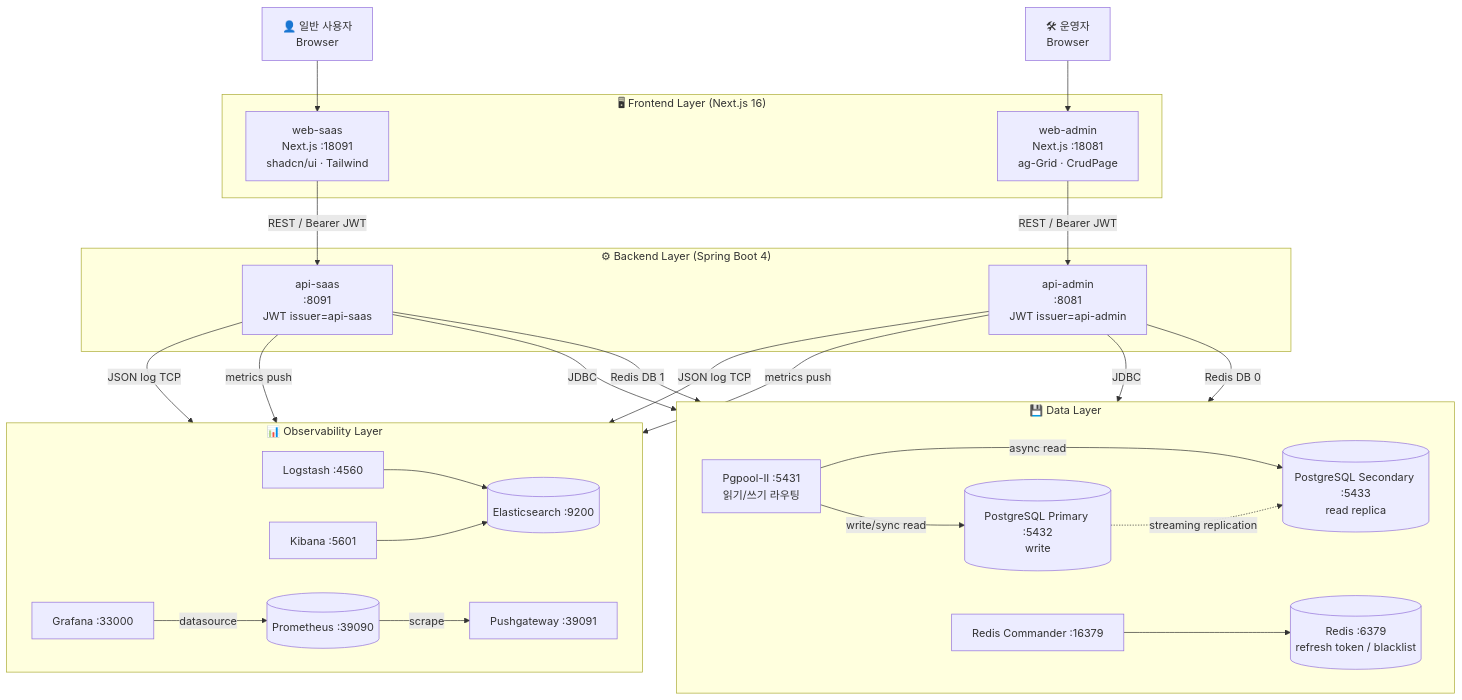
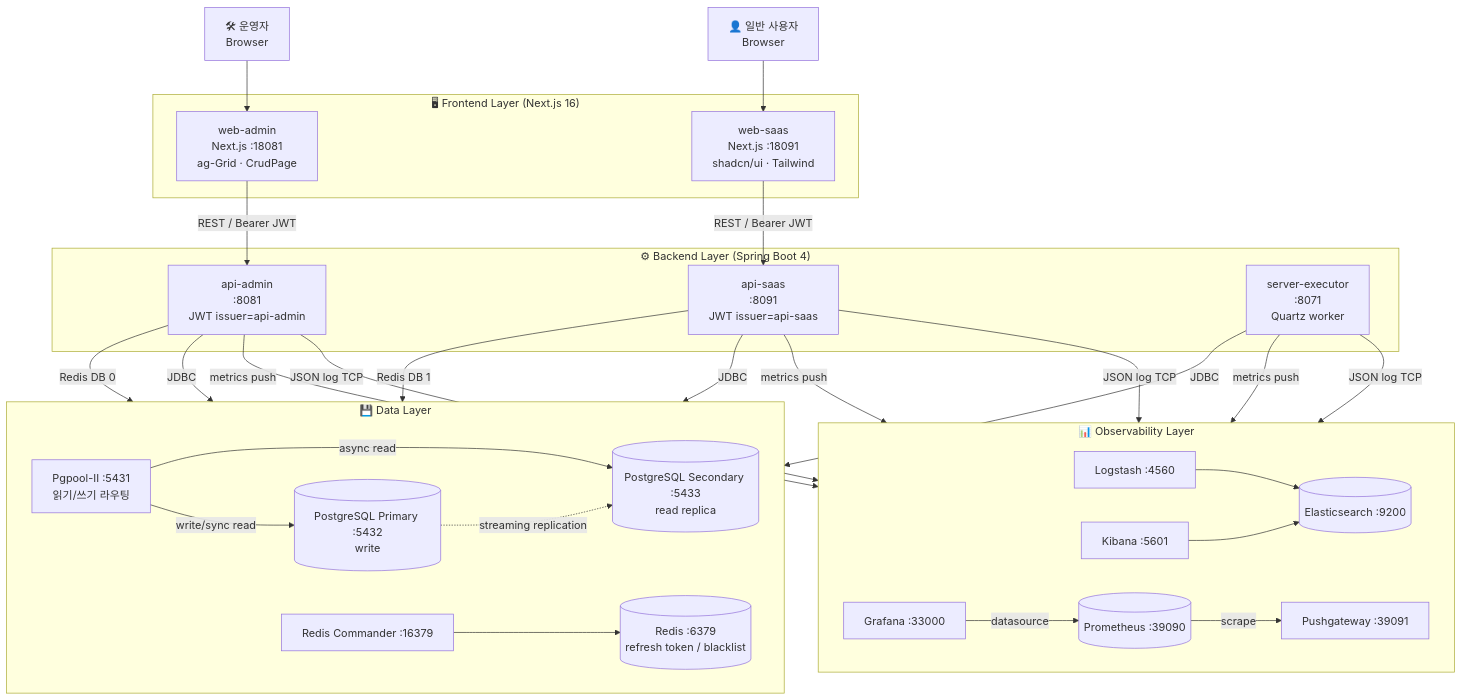
The eighth of 12 diagrams in core-banking/PORTFOLIO.md (wantedhooni/portfolio), drawn with Mermaid before and after one commit. The commit also changed other lines of this file and 3 other files, not shown here.

````diff
--- a/core-banking/PORTFOLIO.md
+++ b/core-banking/PORTFOLIO.md
@@ -330,60 +352,64 @@
 ```mermaid
 flowchart TB
     user["👤 일반 사용자<br/>Browser"]
     adminUser["🛠 운영자<br/>Browser"]
 
     subgraph Frontend["🖥 Frontend Layer (Next.js 16)"]
         webSaas["web-saas<br/>Next.js :18091<br/>shadcn/ui · Tailwind"]
         webAdmin["web-admin<br/>Next.js :18081<br/>ag-Grid · CrudPage"]
     end
 
     subgraph Backend["⚙ Backend Layer (Spring Boot 4)"]
         apiSaas["api-saas<br/>:8091<br/>JWT issuer=api-saas"]
         apiAdmin["api-admin<br/>:8081<br/>JWT issuer=api-admin"]
+        executor["server-executor<br/>:8071<br/>Quartz worker"]
     end
 
     subgraph Data["💾 Data Layer"]
         direction LR
         pgpool["Pgpool-II :5431<br/>읽기/쓰기 라우팅"]
         primary[("PostgreSQL Primary :5432<br/>write")]
         secondary[("PostgreSQL Secondary :5433<br/>read replica")]
         redis[("Redis :6379<br/>refresh token / blacklist")]
         redisCommander["Redis Commander :16379"]
     end
 
     subgraph Obs["📊 Observability Layer"]
         direction LR
         logstash["Logstash :4560"]
         elastic[("Elasticsearch :9200")]
         kibana["Kibana :5601"]
         pushgateway["Pushgateway :39091"]
         prometheus[("Prometheus :39090")]
         grafana["Grafana :33000"]
     end
 
     user --> webSaas
     adminUser --> webAdmin
 
     webSaas -->|REST / Bearer JWT| apiSaas
     webAdmin -->|REST / Bearer JWT| apiAdmin
 
     apiSaas -->|JDBC| pgpool
     apiAdmin -->|JDBC| pgpool
+    executor -->|JDBC| pgpool
     pgpool -->|write/sync read| primary
     pgpool -->|async read| secondary
     primary -.->|streaming replication| secondary
 
     apiSaas -->|Redis DB 1| redis
     apiAdmin -->|Redis DB 0| redis
     redisCommander --> redis
 
     apiSaas -->|JSON log TCP| logstash
     apiAdmin -->|JSON log TCP| logstash
+    executor -->|JSON log TCP| logstash
     logstash --> elastic
     kibana --> elastic
 
     apiSaas -->|metrics push| pushgateway
     apiAdmin -->|metrics push| pushgateway
+    executor -->|metrics push| pushgateway
     prometheus -->|scrape| pushgateway
     grafana -->|datasource| prometheus
 ```
````
